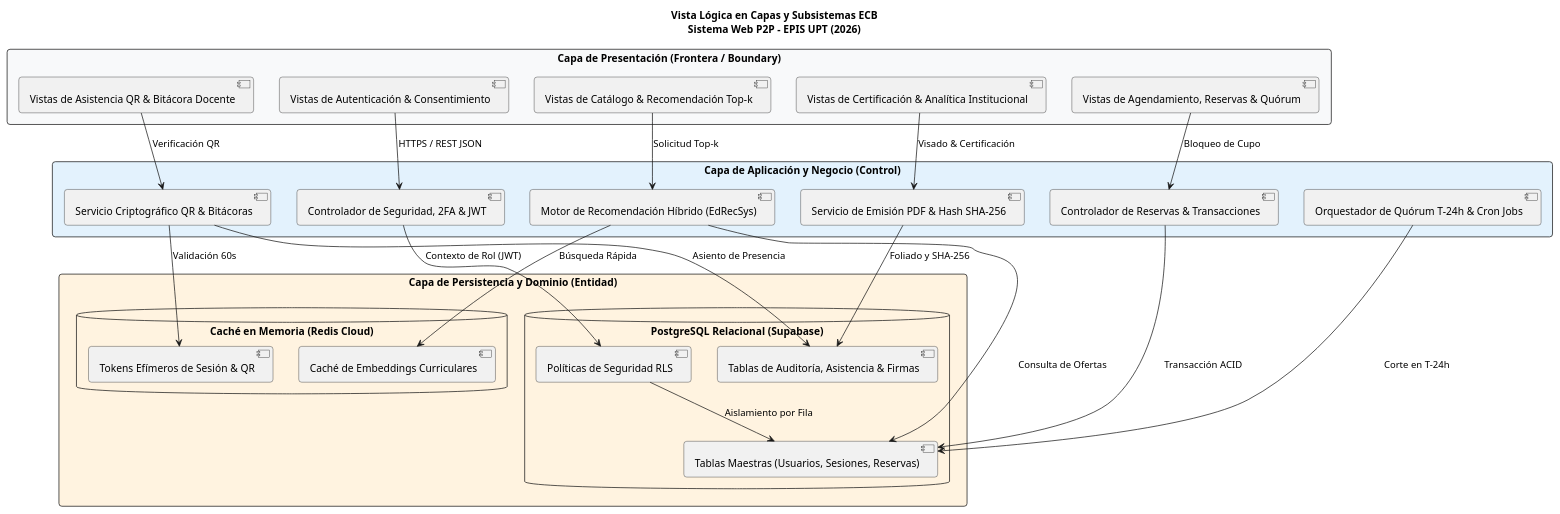
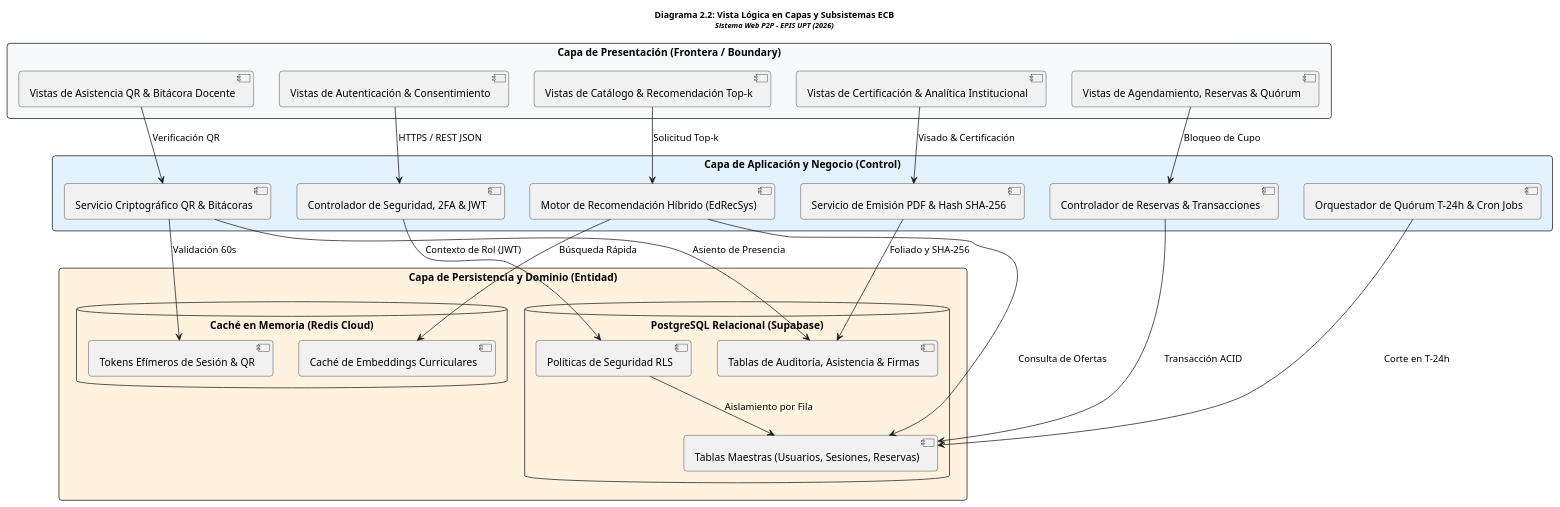
The second of 12 diagrams in docs/FD04-EPIS-Informe SAD de Proyecto.md (JMedina255/sistema_web_p2p), drawn with PlantUML before and after one commit. The commit also changed other lines of this file and 3 other files, not shown here.

Commit message:
docs: refactorizar diagramas_de_secuencia.md con estandar formal SAD de analisis ECB y titulos explictos en PlantUML

````diff
--- a/docs/FD04-EPIS-Informe SAD de Proyecto.md
+++ b/docs/FD04-EPIS-Informe SAD de Proyecto.md
@@ -269,57 +269,57 @@
 ```plantuml
 @startuml
-title Vista Lógica en Capas y Subsistemas ECB\nSistema Web P2P - EPIS UPT (2026)
+title <size:12><b>Diagrama 2.2: Vista Lógica en Capas y Subsistemas ECB</b></size>\n<size:10><i>Sistema Web P2P - EPIS UPT (2026)</i></size>
 
 skinparam packageStyle rectangle
 skinparam shadowing false
 skinparam roundcorner 8
 skinparam defaultFontName Arial
 skinparam fontSize 10
 
 package "Capa de Presentación (Frontera / Boundary)" #F8F9FA {
     [Vistas de Autenticación & Consentimiento] as UI_Auth
     [Vistas de Catálogo & Recomendación Top-k] as UI_Rec
     [Vistas de Agendamiento, Reservas & Quórum] as UI_Booking
     [Vistas de Asistencia QR & Bitácora Docente] as UI_Attendance
     [Vistas de Certificación & Analítica Institucional] as UI_Admin
 }
 
 package "Capa de Aplicación y Negocio (Control)" #E3F2FD {
     [Controlador de Seguridad, 2FA & JWT] as Ctrl_Auth
     [Motor de Recomendación Híbrido (EdRecSys)] as Ctrl_Rec
     [Controlador de Reservas & Transacciones] as Ctrl_Booking
     [Orquestador de Quórum T-24h & Cron Jobs] as Ctrl_Quorum
     [Servicio Criptográfico QR & Bitácoras] as Ctrl_Log
     [Servicio de Emisión PDF & Hash SHA-256] as Ctrl_Cert
 }
 
 package "Capa de Persistencia y Dominio (Entidad)" #FFF3E0 {
     database "PostgreSQL Relacional (Supabase)" as DB_Postgres {
         [Políticas de Seguridad RLS] as Sec_RLS
         [Tablas Maestras (Usuarios, Sesiones, Reservas)] as Tables_Core
         [Tablas de Auditoría, Asistencia & Firmas] as Tables_Audit
     }
     database "Caché en Memoria (Redis Cloud)" as DB_Redis {
         [Caché de Embeddings Curriculares] as Cache_Embeddings
         [Tokens Efímeros de Sesión & QR] as Cache_Tokens
     }
 }
 
 ' Flujos de comunicación
 UI_Auth --> Ctrl_Auth : HTTPS / REST JSON
 UI_Rec --> Ctrl_Rec : Solicitud Top-k
 UI_Booking --> Ctrl_Booking : Bloqueo de Cupo
 UI_Attendance --> Ctrl_Log : Verificación QR
 UI_Admin --> Ctrl_Cert : Visado & Certificación
 
 Ctrl_Auth --> Sec_RLS : Contexto de Rol (JWT)
 Ctrl_Rec --> Cache_Embeddings : Búsqueda Rápida
 Ctrl_Rec --> Tables_Core : Consulta de Ofertas
 Ctrl_Booking --> Tables_Core : Transacción ACID
 Ctrl_Quorum --> Tables_Core : Corte en T-24h
 Ctrl_Log --> Cache_Tokens : Validación 60s
 Ctrl_Log --> Tables_Audit : Asiento de Presencia
 Ctrl_Cert --> Tables_Audit : Foliado y SHA-256
 Sec_RLS --> Tables_Core : Aislamiento por Fila
 @enduml
 ```
````
